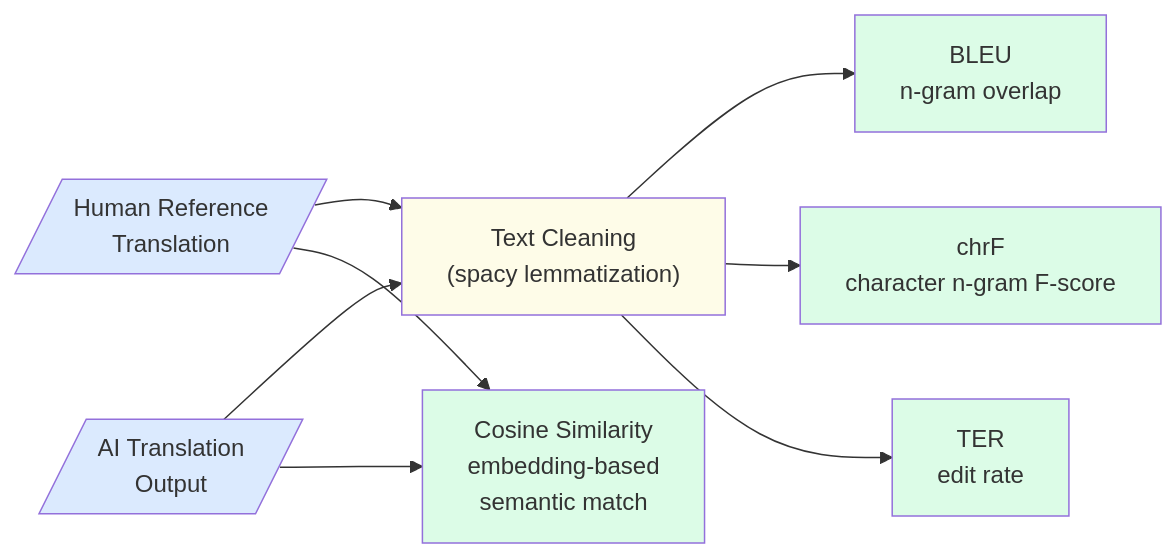
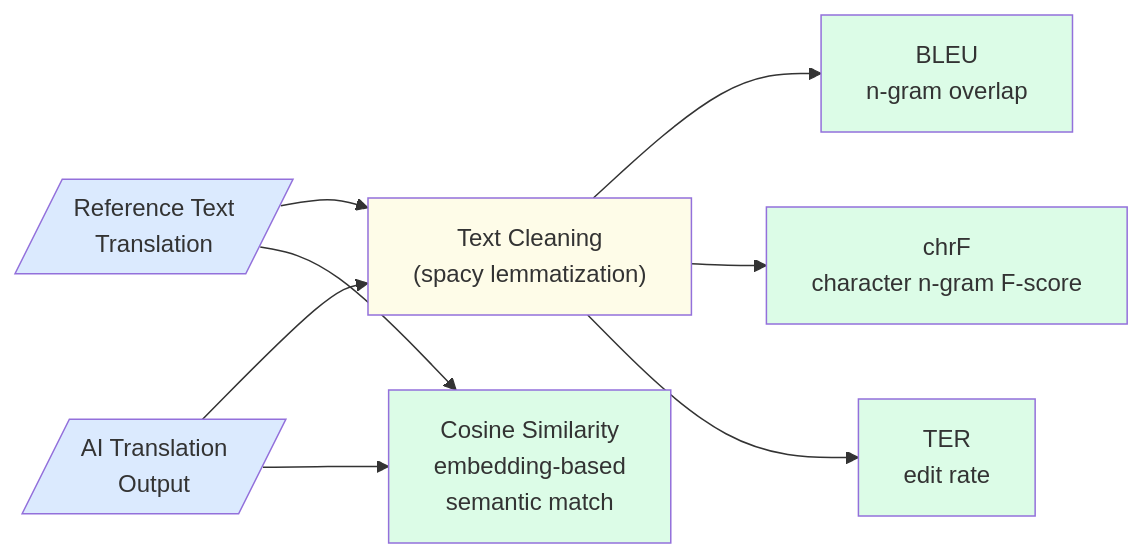
One commit to GAIK-project/gaik-toolkit changed the first of 3 diagrams in guidance_layer/website/content/docs/evaluation-layer/translation-eval.mdx. Above: the diagram before and after it, drawn with Mermaid. The commit also changed other lines of this file and 17 other files, not shown here.

````diff
--- a/guidance_layer/website/content/docs/evaluation-layer/translation-eval.mdx
+++ b/guidance_layer/website/content/docs/evaluation-layer/translation-eval.mdx
@@ -23,18 +23,18 @@
 ```mermaid
 graph LR
-  A[/"Human Reference\nTranslation"/] --> C["Text Cleaning\n(spacy lemmatization)"]
+  A[/"Reference Text\nTranslation"/] --> C["Text Cleaning\n(spacy lemmatization)"]
   B[/"AI Translation\nOutput"/] --> C
   C --> D["BLEU\nn-gram overlap"]
   C --> E["chrF\ncharacter n-gram F-score"]
   C --> F["TER\nedit rate"]
   B --> G["Cosine Similarity\nembedding-based\nsemantic match"]
   A --> G
 
   style A fill:#dbeafe
   style B fill:#dbeafe
   style C fill:#fefce8
   style D fill:#dcfce7
   style E fill:#dcfce7
   style F fill:#dcfce7
   style G fill:#dcfce7
 ```
````
